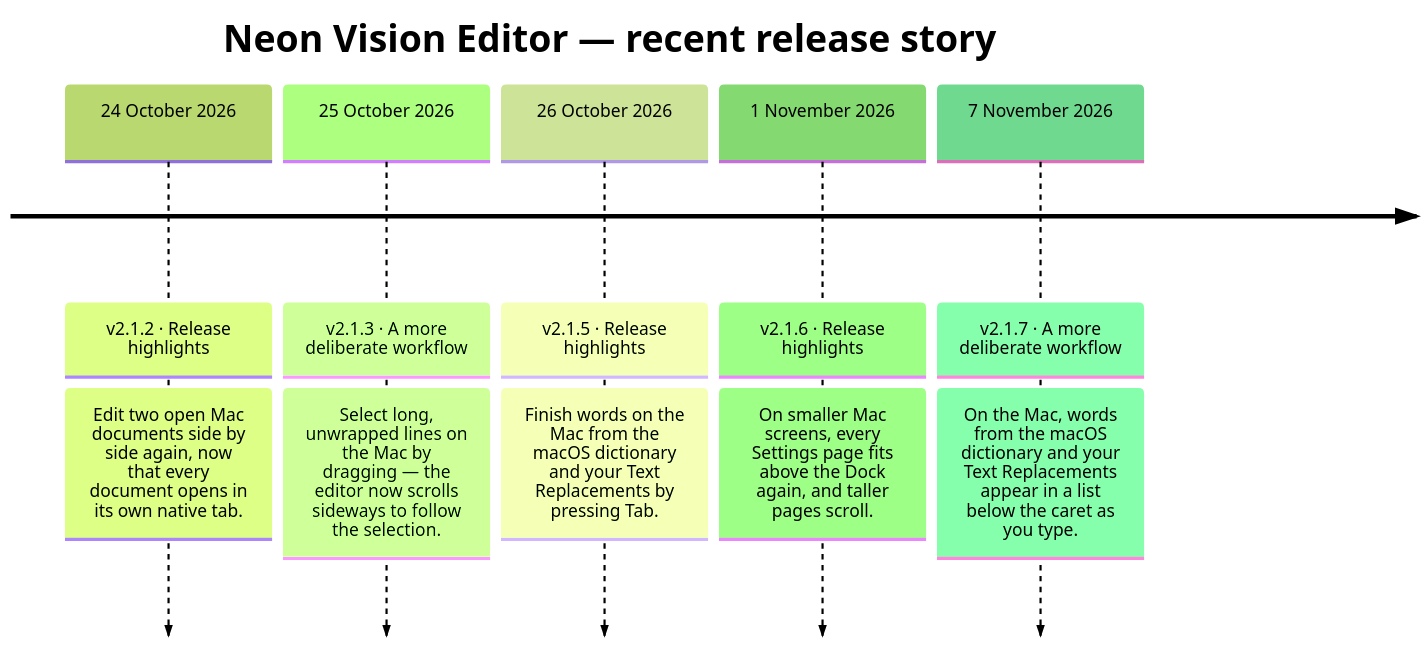
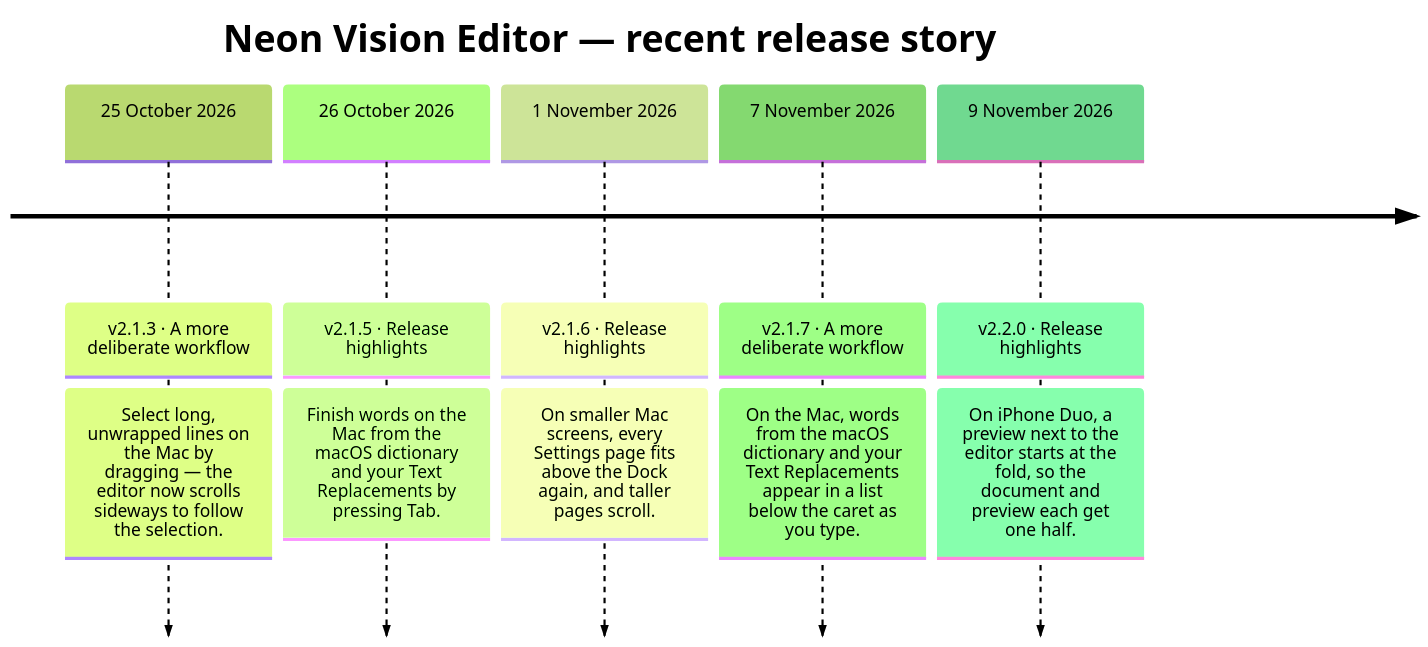
One commit to h3pdesign/Neon-Vision-Editor changed the diagram in README.md. Above: the diagram before and after it, drawn with Mermaid (forest theme). The commit also changed other lines of this file and 9 other files, not shown here.

````diff
--- a/README.md
+++ b/README.md
@@ -764,14 +749,14 @@
 ```mermaid
 timeline
     title Neon Vision Editor — recent release story
-    24 October 2026 : v2.1.2 · Release highlights
-                : Edit two open Mac documents side by side again, now that every document opens in its own native tab.
     25 October 2026 : v2.1.3 · A more deliberate workflow
                 : Select long, unwrapped lines on the Mac by dragging — the editor now scrolls sideways to follow the selection.
     26 October 2026 : v2.1.5 · Release highlights
                 : Finish words on the Mac from the macOS dictionary and your Text Replacements by pressing Tab.
     1 November 2026 : v2.1.6 · Release highlights
                 : On smaller Mac screens, every Settings page fits above the Dock again, and taller pages scroll.
     7 November 2026 : v2.1.7 · A more deliberate workflow
                 : On the Mac, words from the macOS dictionary and your Text Replacements appear in a list below the caret as you type.
+    9 November 2026 : v2.2.0 · Release highlights
+                : On iPhone Duo, a preview next to the editor starts at the fold, so the document and preview each get one half.
 ```
````
